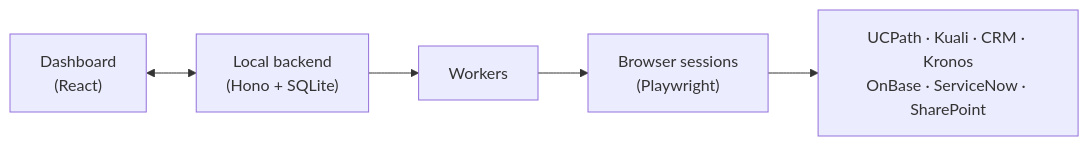
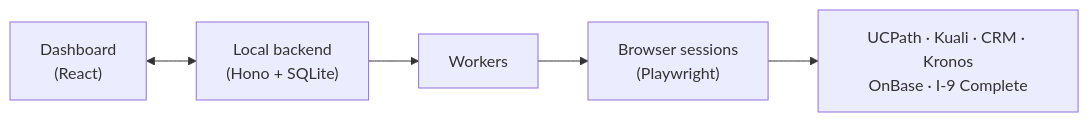
The diagram in README.md (julianthant/hr-relay), drawn with Mermaid before and after one commit. The commit also changed other lines of this file and 1 other file, not shown here.

````diff
--- a/README.md
+++ b/README.md
@@ -56,7 +36,7 @@
 ```mermaid
 flowchart LR
   Dashboard["Dashboard<br/>(React)"] <--> Backend["Local backend<br/>(Hono + SQLite)"]
   Backend --> Workers["Workers"]
   Workers --> Browsers["Browser sessions<br/>(Playwright)"]
-  Browsers --> Systems["UCPath · Kuali · CRM · Kronos<br/>OnBase · ServiceNow · SharePoint"]
+  Browsers --> Systems["UCPath · Kuali · CRM · Kronos<br/>OnBase · I-9 Complete"]
 ```
````
